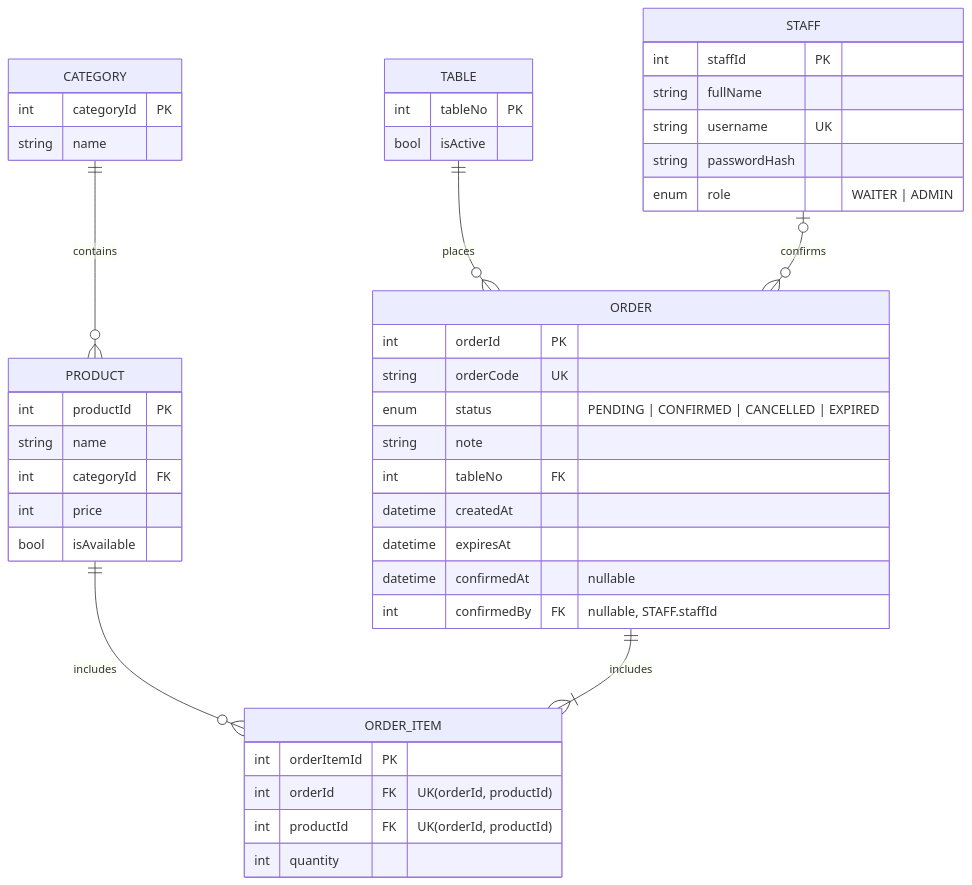
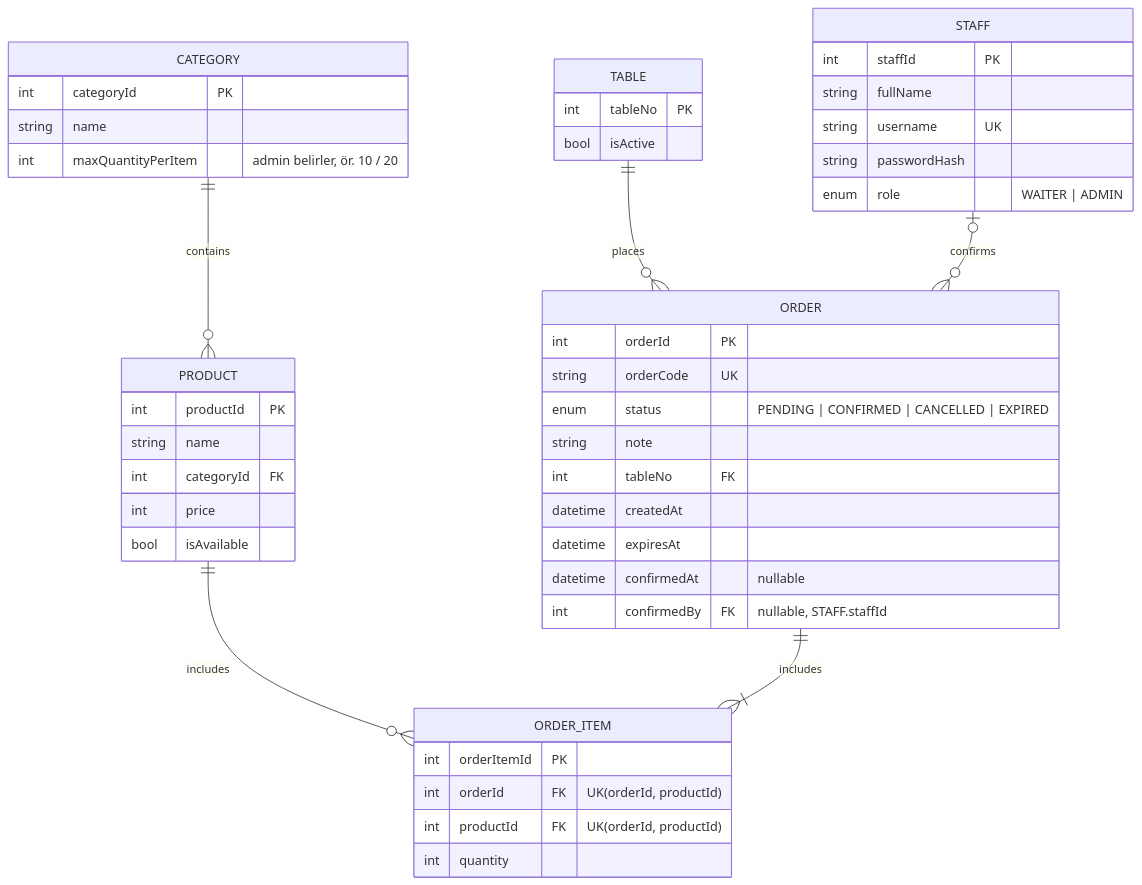
One commit to AEVYEN/QR_Restaurant_Automation_App changed the diagram in docs/adr/001-database.md. Above: the diagram before and after it, drawn with Mermaid. The commit also changed 4 other files, not shown here.

````diff
--- a/docs/adr/001-database.md
+++ b/docs/adr/001-database.md
@@ -21,53 +21,54 @@
 ```mermaid
 erDiagram
     CATEGORY ||--o{ PRODUCT : contains
     PRODUCT  ||--o{ ORDER_ITEM : includes
     TABLE    ||--o{ ORDER : places
     ORDER    ||--|{ ORDER_ITEM : includes
     STAFF    |o--o{ ORDER : confirms
 
     CATEGORY {
         int categoryId PK
         string name
+        int maxQuantityPerItem "admin belirler, ör. 10 / 20"
     }
 
     PRODUCT {
         int productId PK
         string name
         int categoryId FK
         int   price
         bool   isAvailable
     }
 
     TABLE {
         int tableNo PK
         bool isActive
     }
 
     ORDER {
         int orderId PK
         string orderCode UK
         enum status "PENDING | CONFIRMED | CANCELLED | EXPIRED"
         string note
         int tableNo FK
         datetime createdAt
         datetime expiresAt
         datetime confirmedAt "nullable"
         int confirmedBy FK "nullable, STAFF.staffId"
     }
 
     ORDER_ITEM {
         int orderItemId PK
         int orderId FK "UK(orderId, productId)"
         int productId FK "UK(orderId, productId)"
         int quantity
     }
 
     STAFF {
         int staffId PK
         string fullName
         string username UK
         string passwordHash
         enum role "WAITER | ADMIN"
     }
 ```
````
